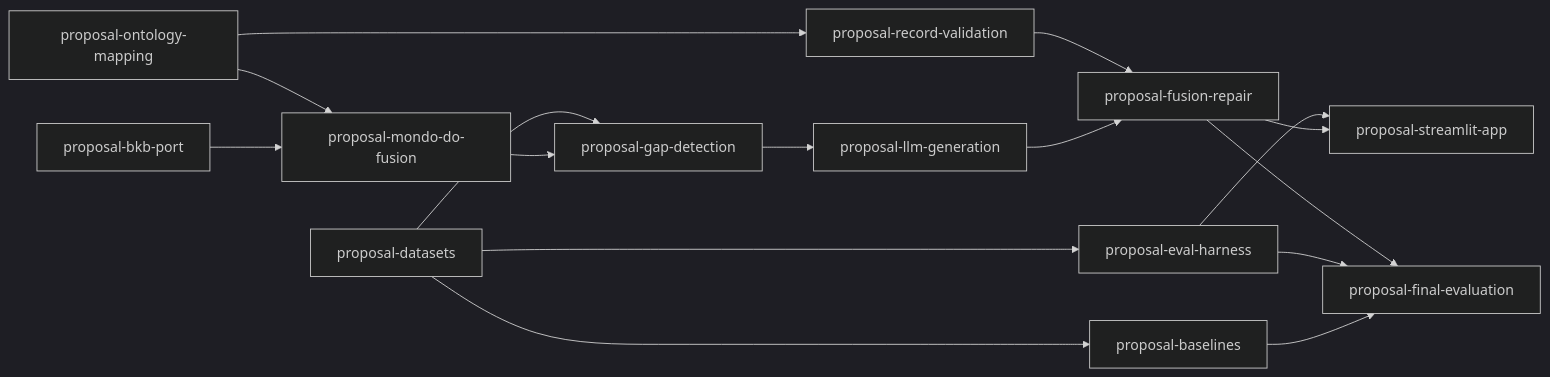
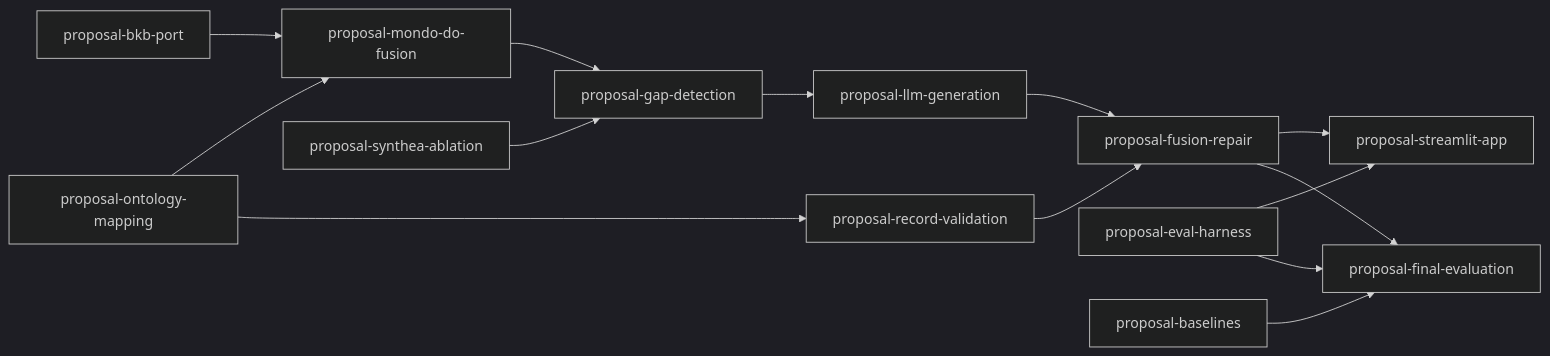
The diagram in tasks/proposal-index.md (joe-dartmouth/synthetic), drawn with Mermaid (dark theme) before and after one commit. The commit also changed other lines of this file and 34 other files, not shown here.

````diff
--- a/tasks/proposal-index.md
+++ b/tasks/proposal-index.md
@@ -26,18 +26,16 @@
 ```mermaid
 flowchart LR
     bkb_port[proposal-bkb-port] --> mondo_do_fusion[proposal-mondo-do-fusion]
     ontology_mapping[proposal-ontology-mapping] --> mondo_do_fusion[proposal-mondo-do-fusion]
     mondo_do_fusion[proposal-mondo-do-fusion] --> gap_detection[proposal-gap-detection]
-    datasets[proposal-datasets] --> gap_detection[proposal-gap-detection]
-    datasets[proposal-datasets] --> baselines[proposal-baselines]
-    datasets[proposal-datasets] --> eval_harness[proposal-eval-harness]
+    synthea_ablation[proposal-synthea-ablation] --> gap_detection[proposal-gap-detection]
     gap_detection[proposal-gap-detection] --> llm_generation[proposal-llm-generation]
     ontology_mapping[proposal-ontology-mapping] --> record_validation[proposal-record-validation]
     llm_generation[proposal-llm-generation] --> fusion_repair[proposal-fusion-repair]
     record_validation[proposal-record-validation] --> fusion_repair[proposal-fusion-repair]
     fusion_repair[proposal-fusion-repair] --> streamlit_app[proposal-streamlit-app]
     eval_harness[proposal-eval-harness] --> streamlit_app[proposal-streamlit-app]
     baselines[proposal-baselines] --> final_evaluation[proposal-final-evaluation]
     eval_harness[proposal-eval-harness] --> final_evaluation[proposal-final-evaluation]
     fusion_repair[proposal-fusion-repair] --> final_evaluation[proposal-final-evaluation]
 ```
````
